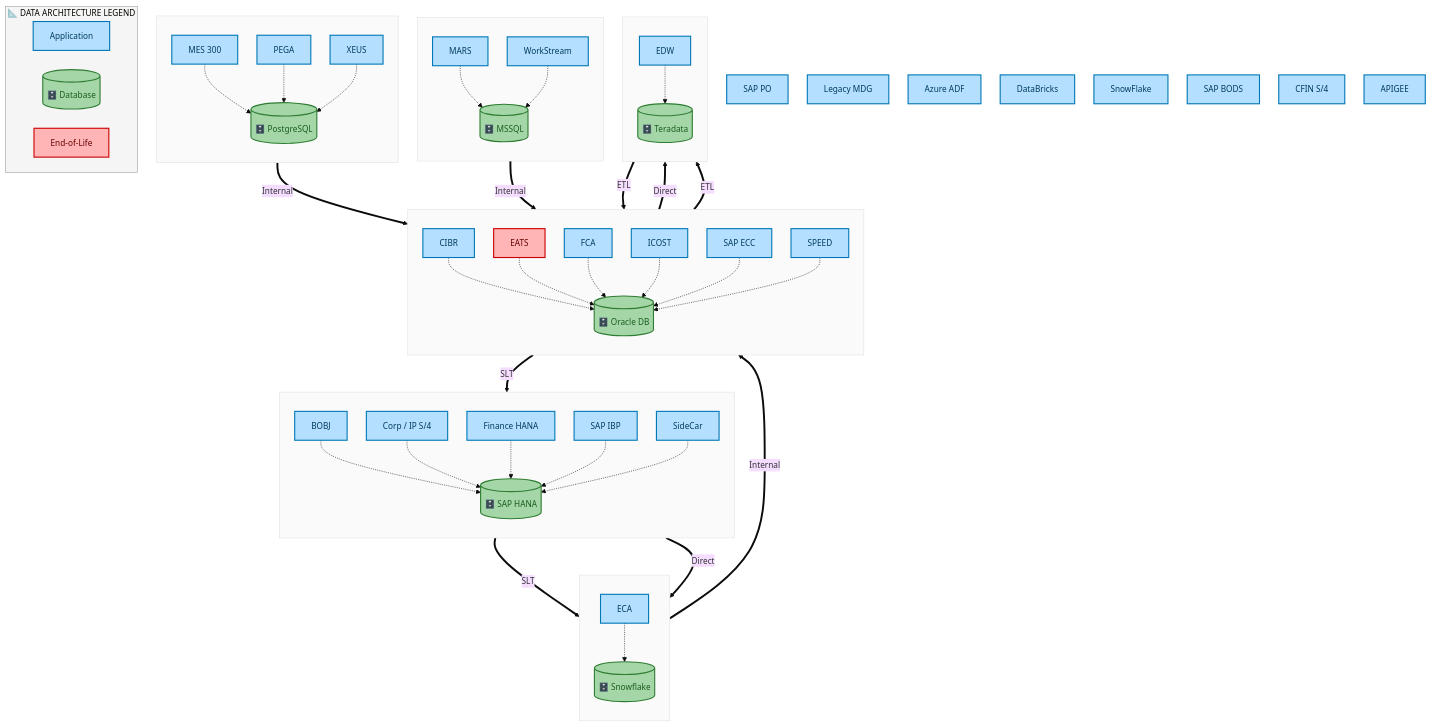
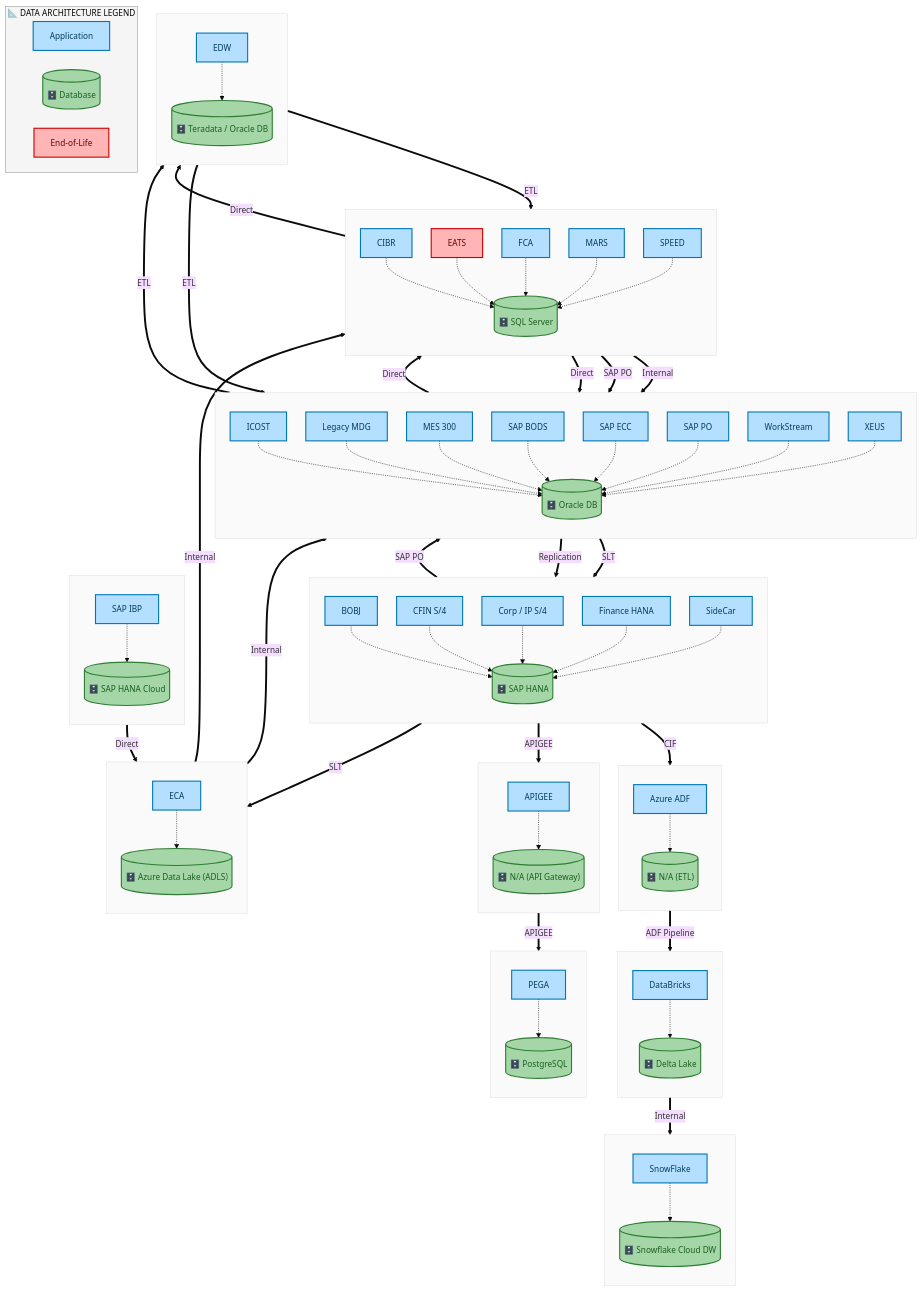
One commit to sajivfrancis777/IAO-Architecture changed diagram 16 of 21 in towers/FPR/DS Provide Decision Support/DS-020/output/docs/systems-architecture/DS-020-Architecture.md. Above: the diagram before and after it, drawn with Mermaid. The commit also changed other lines of this file and 18 other files, not shown here.

First line of the commit message:
feat: Azure-style diagram coloring, release-over-release diffs, L0/L1 nav integration

```diff
--- a/towers/FPR/DS Provide Decision Support/DS-020/output/docs/systems-architecture/DS-020-Architecture.md
+++ b/towers/FPR/DS Provide Decision Support/DS-020/output/docs/systems-architecture/DS-020-Architecture.md
@@ -1409,96 +1536,144 @@
     classDef dbCyl fill:#A5D6A7,stroke:#2E7D32,stroke-width:2px,color:#1B5E20
     classDef eolBox fill:#FFB5B5,stroke:#CC0000,stroke-width:2px,color:#660000
 
-    subgraph DS020CDACL_MSSQL[" "]
+    subgraph DS020CDACL_Azure_Data_Lake_ADLS[" "]
         direction TB
-        DS020CDAA_MARS["MARS"]:::appBox
-        DS020CDAA_WorkStream["WorkStream"]:::appBox
-        DS020CDAD_MSSQL[("🗄️ MSSQL")]:::dbCyl
-        DS020CDAA_MARS -.-> DS020CDAD_MSSQL
-        DS020CDAA_WorkStream -.-> DS020CDAD_MSSQL
+        DS020CDAA_ECA["ECA"]:::appBox
+        DS020CDAD_Azure_Data_Lake_ADLS[("🗄️ Azure Data Lake (ADLS)")]:::dbCyl
+        DS020CDAA_ECA -.-> DS020CDAD_Azure_Data_Lake_ADLS
     end
-    style DS020CDACL_MSSQL fill:#FAFAFA,stroke:#E0E0E0,stroke-width:1px
+    style DS020CDACL_Azure_Data_Lake_ADLS fill:#FAFAFA,stroke:#E0E0E0,stroke-width:1px
+
+    subgraph DS020CDACL_Delta_Lake[" "]
+        direction TB
+        DS020CDAA_DataBricks["DataBricks"]:::appBox
+        DS020CDAD_Delta_Lake[("🗄️ Delta Lake")]:::dbCyl
+        DS020CDAA_DataBricks -.-> DS020CDAD_Delta_Lake
+    end
+    style DS020CDACL_Delta_Lake fill:#FAFAFA,stroke:#E0E0E0,stroke-width:1px
+
+    subgraph DS020CDACL_N_A_API_Gateway[" "]
+        direction TB
+        DS020CDAA_APIGEE["APIGEE"]:::appBox
+        DS020CDAD_N_A_API_Gateway[("🗄️ N/A (API Gateway)")]:::dbCyl
+        DS020CDAA_APIGEE -.-> DS020CDAD_N_A_API_Gateway
+    end
+    style DS020CDACL_N_A_API_Gateway fill:#FAFAFA,stroke:#E0E0E0,stroke-width:1px
+
+    subgraph DS020CDACL_N_A_ETL[" "]
+        direction TB
+        DS020CDAA_Azure_ADF["Azure ADF"]:::appBox
+        DS020CDAD_N_A_ETL[("🗄️ N/A (ETL)")]:::dbCyl
+        DS020CDAA_Azure_ADF -.-> DS020CDAD_N_A_ETL
+    end
+    style DS020CDACL_N_A_ETL fill:#FAFAFA,stroke:#E0E0E0,stroke-width:1px
 
     subgraph DS020CDACL_Oracle_DB[" "]
         direction TB
-        DS020CDAA_CIBR["CIBR"]:::appBox
-        DS020CDAA_EATS["EATS"]:::eolBox
-        DS020CDAA_FCA["FCA"]:::appBox
         DS020CDAA_ICOST["ICOST"]:::appBox
+        DS020CDAA_Legacy_MDG["Legacy MDG"]:::appBox
+        DS020CDAA_MES_300["MES 300"]:::appBox
+        DS020CDAA_SAP_BODS["SAP BODS"]:::appBox
         DS020CDAA_SAP_ECC["SAP ECC"]:::appBox
-        DS020CDAA_SPEED["SPEED"]:::appBox
+        DS020CDAA_SAP_PO["SAP PO"]:::appBox
+        DS020CDAA_WorkStream["WorkStream"]:::appBox
+        DS020CDAA_XEUS["XEUS"]:::appBox
         DS020CDAD_Oracle_DB[("🗄️ Oracle DB")]:::dbCyl
-        DS020CDAA_CIBR -.-> DS020CDAD_Oracle_DB
-        DS020CDAA_EATS -.-> DS020CDAD_Oracle_DB
-        DS020CDAA_FCA -.-> DS020CDAD_Oracle_DB
         DS020CDAA_ICOST -.-> DS020CDAD_Oracle_DB
+        DS020CDAA_Legacy_MDG -.-> DS020CDAD_Oracle_DB
+        DS020CDAA_MES_300 -.-> DS020CDAD_Oracle_DB
+        DS020CDAA_SAP_BODS -.-> DS020CDAD_Oracle_DB
         DS020CDAA_SAP_ECC -.-> DS020CDAD_Oracle_DB
-        DS020CDAA_SPEED -.-> DS020CDAD_Oracle_DB
+        DS020CDAA_SAP_PO -.-> DS020CDAD_Oracle_DB
+        DS020CDAA_WorkStream -.-> DS020CDAD_Oracle_DB
+        DS020CDAA_XEUS -.-> DS020CDAD_Oracle_DB
     end
     style DS020CDACL_Oracle_DB fill:#FAFAFA,stroke:#E0E0E0,stroke-width:1px
 
     subgraph DS020CDACL_PostgreSQL[" "]
         direction TB
-        DS020CDAA_MES_300["MES 300"]:::appBox
         DS020CDAA_PEGA["PEGA"]:::appBox
-        DS020CDAA_XEUS["XEUS"]:::appBox
         DS020CDAD_PostgreSQL[("🗄️ PostgreSQL")]:::dbCyl
-        DS020CDAA_MES_300 -.-> DS020CDAD_PostgreSQL
         DS020CDAA_PEGA -.-> DS020CDAD_PostgreSQL
-        DS020CDAA_XEUS -.-> DS020CDAD_PostgreSQL
     end
     style DS020CDACL_PostgreSQL fill:#FAFAFA,stroke:#E0E0E0,stroke-width:1px
 
     subgraph DS020CDACL_SAP_HANA[" "]
         direction TB
         DS020CDAA_BOBJ["BOBJ"]:::appBox
+        DS020CDAA_CFIN_S_4["CFIN S/4"]:::appBox
         DS020CDAA_Corp_IP_S_4["Corp / IP S/4"]:::appBox
         DS020CDAA_Finance_HANA["Finance HANA"]:::appBox
-        DS020CDAA_SAP_IBP["SAP IBP"]:::appBox
         DS020CDAA_SideCar["SideCar"]:::appBox
         DS020CDAD_SAP_HANA[("🗄️ SAP HANA")]:::dbCyl
         DS020CDAA_BOBJ -.-> DS020CDAD_SAP_HANA
+        DS020CDAA_CFIN_S_4 -.-> DS020CDAD_SAP_HANA
         DS020CDAA_Corp_IP_S_4 -.-> DS020CDAD_SAP_HANA
         DS020CDAA_Finance_HANA -.-> DS020CDAD_SAP_HANA
-        DS020CDAA_SAP_IBP -.-> DS020CDAD_SAP_HANA
         DS020CDAA_SideCar -.-> DS020CDAD_SAP_HANA
     end
     style DS020CDACL_SAP_HANA fill:#FAFAFA,stroke:#E0E0E0,stroke-width:1px
 
-    subgraph DS020CDACL_Snowflake[" "]
+    subgraph DS020CDACL_SAP_HANA_Cloud[" "]
         direction TB
-        DS020CDAA_ECA["ECA"]:::appBox
-        DS020CDAD_Snowflake[("🗄️ Snowflake")]:::dbCyl
-        DS020CDAA_ECA -.-> DS020CDAD_Snowflake
+        DS020CDAA_SAP_IBP["SAP IBP"]:::appBox
+        DS020CDAD_SAP_HANA_Cloud[("🗄️ SAP HANA Cloud")]:::dbCyl
+        DS020CDAA_SAP_IBP -.-> DS020CDAD_SAP_HANA_Cloud
     end
-    style DS020CDACL_Snowflake fill:#FAFAFA,stroke:#E0E0E0,stroke-width:1px
+    style DS020CDACL_SAP_HANA_Cloud fill:#FAFAFA,stroke:#E0E0E0,stroke-width:1px
 
-    subgraph DS020CDACL_Teradata[" "]
+    subgraph DS020CDACL_SQL_Server[" "]
+        direction TB
+        DS020CDAA_CIBR["CIBR"]:::appBox
+        DS020CDAA_EATS["EATS"]:::eolBox
+        DS020CDAA_FCA["FCA"]:::appBox
+        DS020CDAA_MARS["MARS"]:::appBox
+        DS020CDAA_SPEED["SPEED"]:::appBox
+        DS020CDAD_SQL_Server[("🗄️ SQL Server")]:::dbCyl
+        DS020CDAA_CIBR -.-> DS020CDAD_SQL_Server
+        DS020CDAA_EATS -.-> DS020CDAD_SQL_Server
+        DS020CDAA_FCA -.-> DS020CDAD_SQL_Server
+        DS020CDAA_MARS -.-> DS020CDAD_SQL_Server
+        DS020CDAA_SPEED -.-> DS020CDAD_SQL_Server
+    end
+    style DS020CDACL_SQL_Server fill:#FAFAFA,stroke:#E0E0E0,stroke-width:1px
+
+    subgraph DS020CDACL_Snowflake_Cloud_DW[" "]
+        direction TB
+        DS020CDAA_SnowFlake["SnowFlake"]:::appBox
+        DS020CDAD_Snowflake_Cloud_DW[("🗄️ Snowflake Cloud DW")]:::dbCyl
+        DS020CDAA_SnowFlake -.-> DS020CDAD_Snowflake_Cloud_DW
+    end
+    style DS020CDACL_Snowflake_Cloud_DW fill:#FAFAFA,stroke:#E0E0E0,stroke-width:1px
+
+    subgraph DS020CDACL_Teradata_Oracle_DB[" "]
         direction TB
         DS020CDAA_EDW["EDW"]:::appBox
-        DS020CDAD_Teradata[("🗄️ Teradata")]:::dbCyl
-        DS020CDAA_EDW -.-> DS020CDAD_Teradata
+        DS020CDAD_Teradata_Oracle_DB[("🗄️ Teradata / Oracle DB")]:::dbCyl
+        DS020CDAA_EDW -.-> DS020CDAD_Teradata_Oracle_DB
     end
-    style DS020CDACL_Teradata fill:#FAFAFA,stroke:#E0E0E0,stroke-width:1px
+    style DS020CDACL_Teradata_Oracle_DB fill:#FAFAFA,stroke:#E0E0E0,stroke-width:1px
 
-    DS020CDAA_SAP_PO["SAP PO"]:::appBox
-    DS020CDAA_Legacy_MDG["Legacy MDG"]:::appBox
-    DS020CDAA_Azure_ADF["Azure ADF"]:::appBox
-    DS020CDAA_DataBricks["DataBricks"]:::appBox
-    DS020CDAA_SnowFlake["SnowFlake"]:::appBox
-    DS020CDAA_SAP_BODS["SAP BODS"]:::appBox
-    DS020CDAA_CFIN_S_4["CFIN S/4"]:::appBox
-    DS020CDAA_APIGEE["APIGEE"]:::appBox
-
-    DS020CDAD_PostgreSQL ==>|"Internal"| DS020CDAD_Oracle_DB
-    DS020CDAD_MSSQL ==>|"Internal"| DS020CDAD_Oracle_DB
-    DS020CDAD_Oracle_DB ==>|"Direct"| DS020CDAD_Teradata
+    DS020CDAD_Oracle_DB ==>|"Direct"| DS020CDAD_SQL_Server
+    DS020CDAD_SQL_Server ==>|"Internal"| DS020CDAD_Oracle_DB
+    DS020CDAD_SQL_Server ==>|"SAP PO"| DS020CDAD_Oracle_DB
+    DS020CDAD_SQL_Server ==>|"Direct"| DS020CDAD_Teradata_Oracle_DB
     DS020CDAD_Oracle_DB ==>|"SLT"| DS020CDAD_SAP_HANA
-    DS020CDAD_SAP_HANA ==>|"SLT"| DS020CDAD_Snowflake
-    DS020CDAD_Snowflake ==>|"Internal"| DS020CDAD_Oracle_DB
-    DS020CDAD_Oracle_DB ==>|"ETL"| DS020CDAD_Teradata
-    DS020CDAD_Teradata ==>|"ETL"| DS020CDAD_Oracle_DB
-    DS020CDAD_SAP_HANA ==>|"Direct"| DS020CDAD_Snowflake
+    DS020CDAD_SAP_HANA ==>|"CIF"| DS020CDAD_N_A_ETL
+    DS020CDAD_N_A_ETL ==>|"ADF Pipeline"| DS020CDAD_Delta_Lake
+    DS020CDAD_Delta_Lake ==>|"Internal"| DS020CDAD_Snowflake_Cloud_DW
+    DS020CDAD_SAP_HANA ==>|"SLT"| DS020CDAD_Azure_Data_Lake_ADLS
+    DS020CDAD_Azure_Data_Lake_ADLS ==>|"Internal"| DS020CDAD_SQL_Server
+    DS020CDAD_Azure_Data_Lake_ADLS ==>|"Internal"| DS020CDAD_Oracle_DB
+    DS020CDAD_Oracle_DB ==>|"Replication"| DS020CDAD_SAP_HANA
+    DS020CDAD_Oracle_DB ==>|"ETL"| DS020CDAD_Teradata_Oracle_DB
+    DS020CDAD_Teradata_Oracle_DB ==>|"ETL"| DS020CDAD_Oracle_DB
+    DS020CDAD_Teradata_Oracle_DB ==>|"ETL"| DS020CDAD_SQL_Server
+    DS020CDAD_SQL_Server ==>|"Direct"| DS020CDAD_Oracle_DB
+    DS020CDAD_SAP_HANA ==>|"APIGEE"| DS020CDAD_N_A_API_Gateway
+    DS020CDAD_N_A_API_Gateway ==>|"APIGEE"| DS020CDAD_PostgreSQL
+    DS020CDAD_SAP_HANA ==>|"SAP PO"| DS020CDAD_Oracle_DB
+    DS020CDAD_SAP_HANA_Cloud ==>|"Direct"| DS020CDAD_Azure_Data_Lake_ADLS
 
     subgraph Legend["📐 DATA ARCHITECTURE LEGEND"]
         direction LR
```
